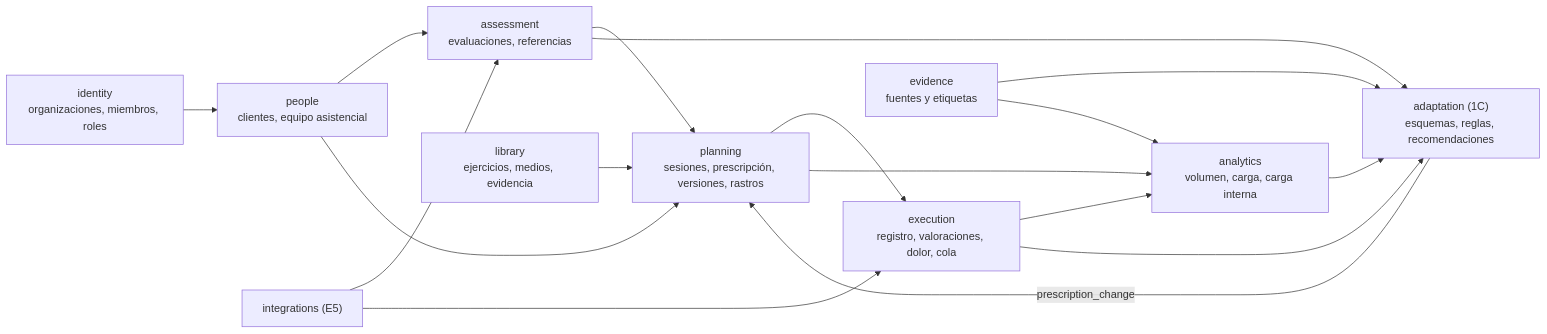
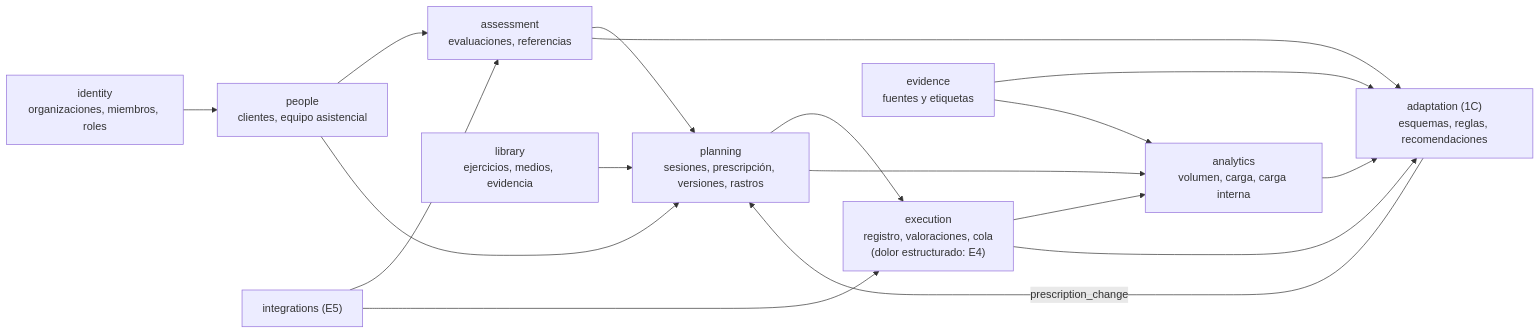
Before and after one commit to davidperez29-jpg/david: the diagram in docs/ARCHITECTURE.md, drawn with Mermaid. The commit also changed other lines of this file and 12 other files, not shown here.

````diff
--- a/docs/ARCHITECTURE.md
+++ b/docs/ARCHITECTURE.md
@@ -157,19 +159,19 @@
 ```mermaid
 flowchart LR
   identity["identity<br/>organizaciones, miembros, roles"] --> people["people<br/>clientes, equipo asistencial"]
   people --> assessment["assessment<br/>evaluaciones, referencias"]
   library["library<br/>ejercicios, medios, evidencia"] --> planning
   people --> planning["planning<br/>sesiones, prescripción, versiones, rastros"]
   assessment --> planning
-  planning --> execution["execution<br/>registro, valoraciones, dolor, cola"]
+  planning --> execution["execution<br/>registro, valoraciones, cola<br/>(dolor estructurado: E4)"]
   execution --> analytics["analytics<br/>volumen, carga, carga interna"]
   planning --> analytics
   analytics --> adaptation["adaptation (1C)<br/>esquemas, reglas, recomendaciones"]
   execution --> adaptation
   assessment --> adaptation
   adaptation -->|prescription_change| planning
   evidence["evidence<br/>fuentes y etiquetas"] --> adaptation
   evidence --> analytics
   integrations["integrations (E5)"] --> assessment
   integrations --> execution
 ```
````
